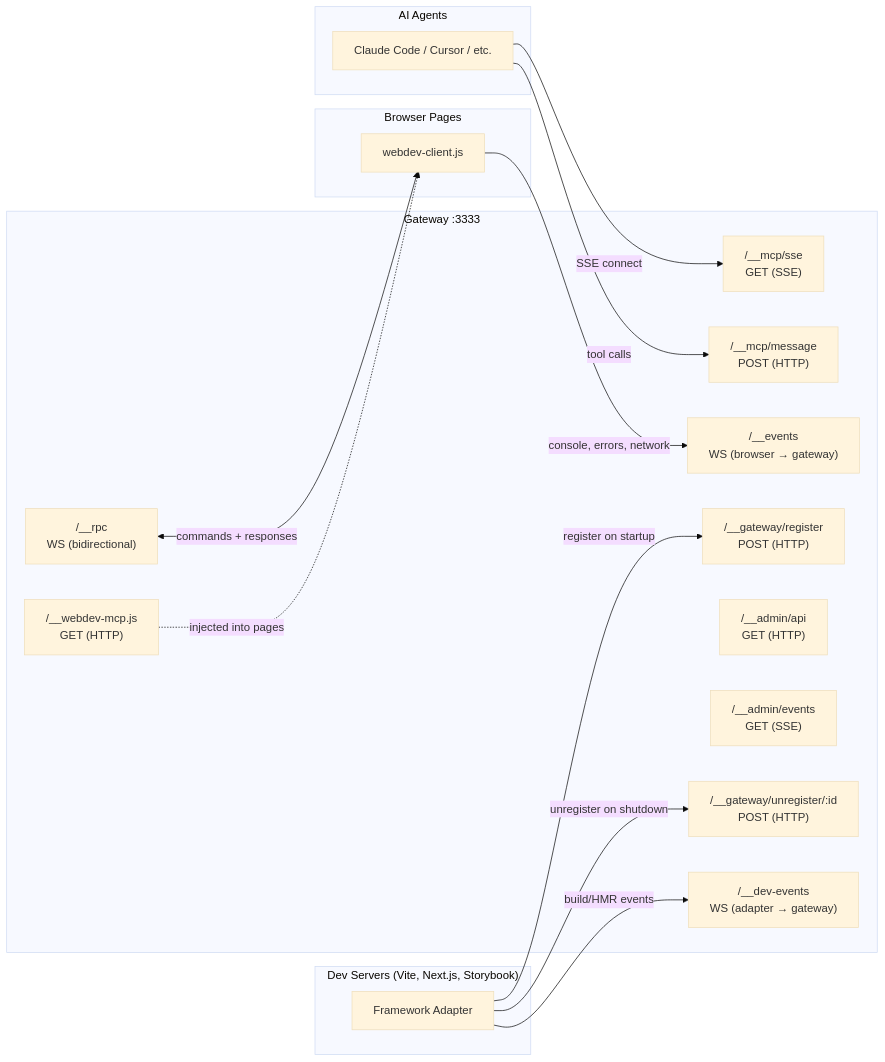
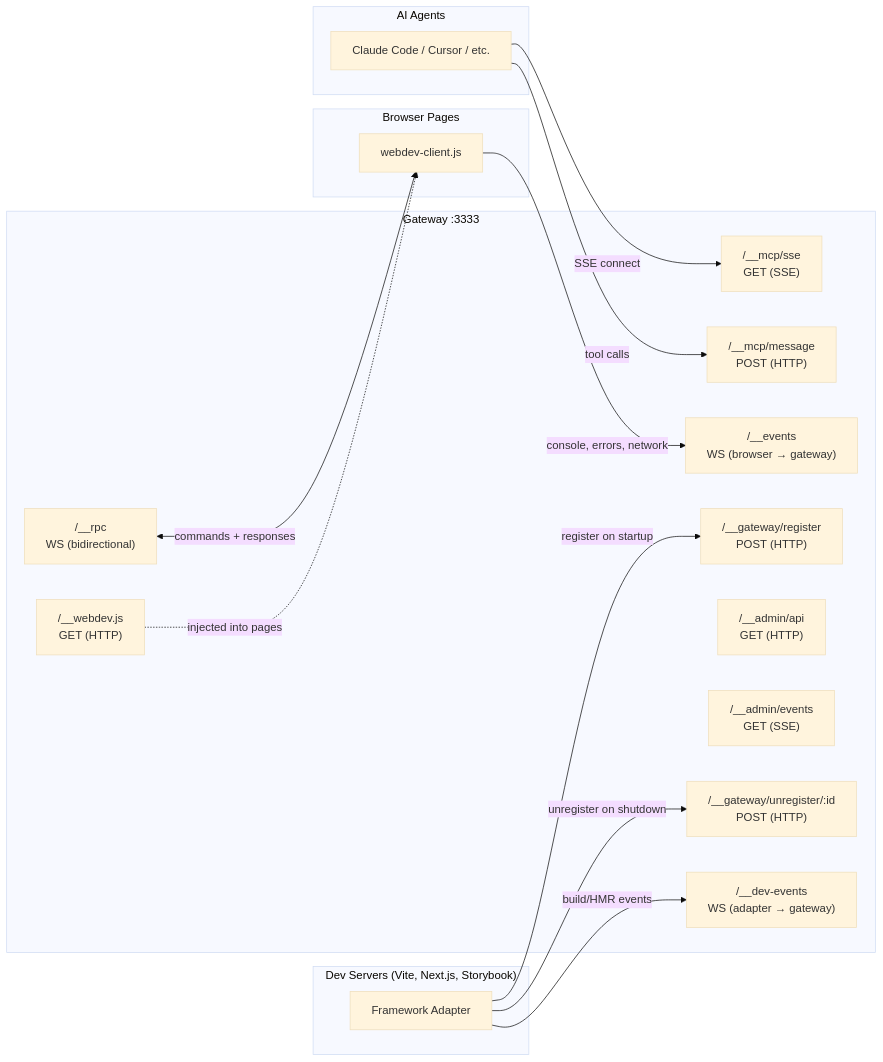
The third of 8 diagrams in docs/architecture.md (WinstonFassett/webdev-ai), drawn with Mermaid (base theme) before and after one commit. The commit also changed other lines of this file and 4 other files, not shown here.

First line of the commit message:
Fix documentation naming: webdev-mcp → webdev

````diff
--- a/docs/architecture.md
+++ b/docs/architecture.md
@@ -104,41 +104,41 @@
 ```mermaid
 graph LR
     subgraph "Dev Servers (Vite, Next.js, Storybook)"
         ADAPTER["Framework Adapter"]
     end
 
     subgraph "Gateway :3333"
         REG["/__gateway/register<br/>POST (HTTP)"]
         UNREG["/__gateway/unregister/:id<br/>POST (HTTP)"]
         EVENTS_WS["/__events<br/>WS (browser → gateway)"]
         DEV_WS["/__dev-events<br/>WS (adapter → gateway)"]
         RPC_WS["/__rpc<br/>WS (bidirectional)"]
         ADMIN_API["/__admin/api<br/>GET (HTTP)"]
         ADMIN_SSE["/__admin/events<br/>GET (SSE)"]
         MCP_SSE["/__mcp/sse<br/>GET (SSE)"]
         MCP_MSG["/__mcp/message<br/>POST (HTTP)"]
-        CLIENT_JS["/__webdev-mcp.js<br/>GET (HTTP)"]
+        CLIENT_JS["/__webdev.js<br/>GET (HTTP)"]
     end
 
     subgraph "Browser Pages"
         CLIENT["webdev-client.js"]
     end
 
     subgraph "AI Agents"
         AGENT["Claude Code / Cursor / etc."]
     end
 
     %% Adapter registration
     ADAPTER -->|"register on startup"| REG
     ADAPTER -->|"unregister on shutdown"| UNREG
     ADAPTER -->|"build/HMR events"| DEV_WS
 
     %% Browser connections
     CLIENT -->|"console, errors, network"| EVENTS_WS
     RPC_WS <-->|"commands + responses"| CLIENT
     CLIENT_JS -.->|"injected into pages"| CLIENT
 
     %% Agent connections
     AGENT -->|"SSE connect"| MCP_SSE
     AGENT -->|"tool calls"| MCP_MSG
 ```
````
